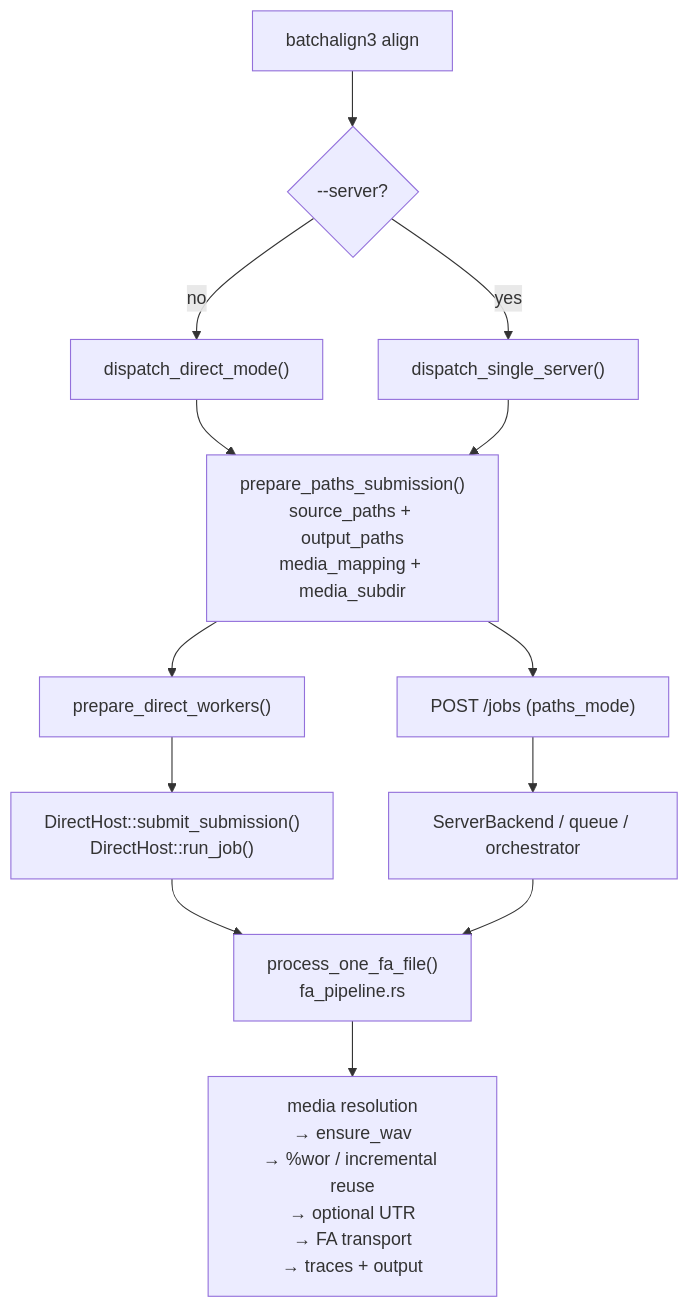
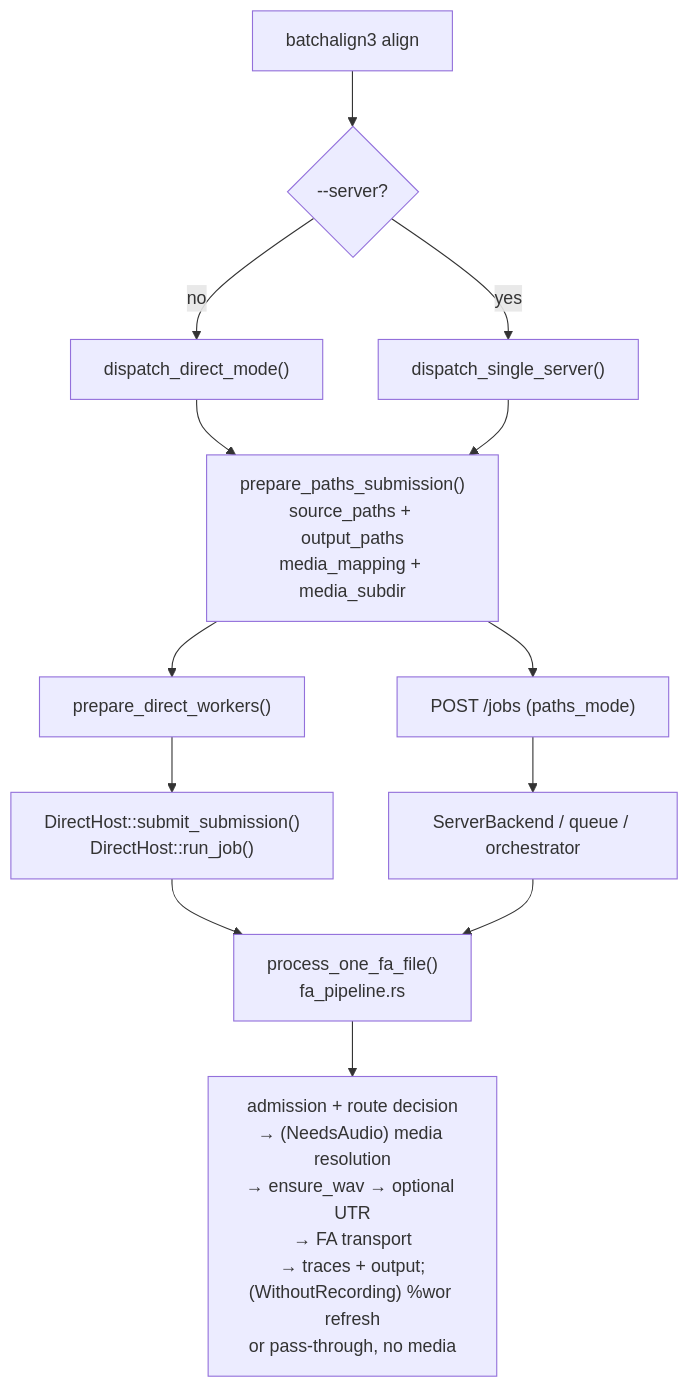
Before and after one commit to FranklinChen/talkbank-tools: the diagram in book/src/batchalign/developer/rust-cli-and-server.md, drawn with Mermaid. The commit also changed other lines of this file and 242 other files, not shown here.

````diff
--- a/book/src/batchalign/developer/rust-cli-and-server.md
+++ b/book/src/batchalign/developer/rust-cli-and-server.md
@@ -109,24 +109,24 @@
 ```mermaid
 flowchart TD
     cli["batchalign3 align"]
     route{"--server?"}
     prep["prepare_paths_submission()\nsource_paths + output_paths\nmedia_mapping + media_subdir"]
 
     direct["dispatch_direct_mode()"]
     direct_workers["prepare_direct_workers()"]
     direct_host["DirectHost::submit_submission()\nDirectHost::run_job()"]
 
     server["dispatch_single_server()"]
     post["POST /jobs (paths_mode)"]
     backend["ServerBackend / queue / orchestrator"]
 
     runner["process_one_fa_file()\nfa_pipeline.rs"]
-    fa["media resolution\n→ ensure_wav\n→ %wor / incremental reuse\n→ optional UTR\n→ FA transport\n→ traces + output"]
+    fa["admission + route decision\n→ (NeedsAudio) media resolution\n→ ensure_wav → optional UTR\n→ FA transport\n→ traces + output;\n(WithoutRecording) %wor refresh\nor pass-through, no media"]
 
     cli --> route
     route -->|no| direct
     route -->|yes| server
     direct --> prep --> direct_workers --> direct_host --> runner
     server --> prep --> post --> backend --> runner
     runner --> fa
 ```
````
